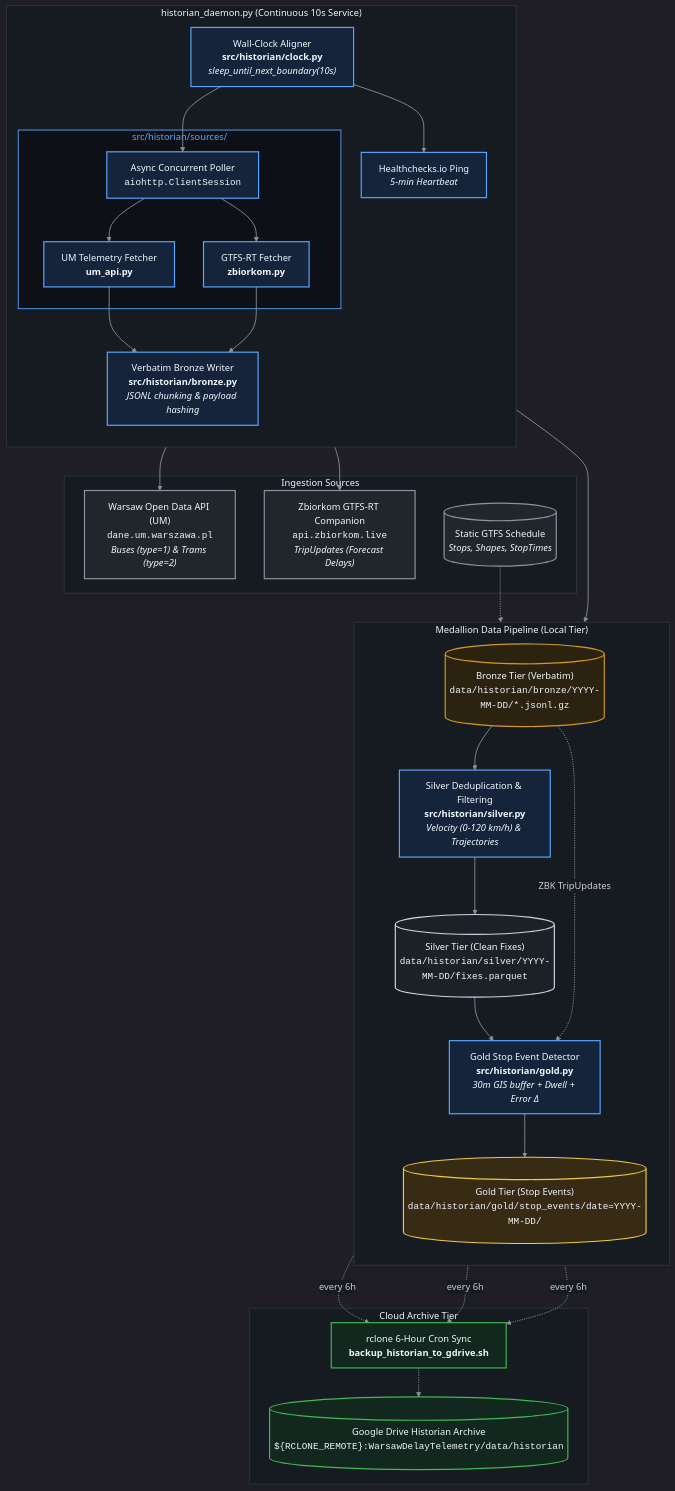
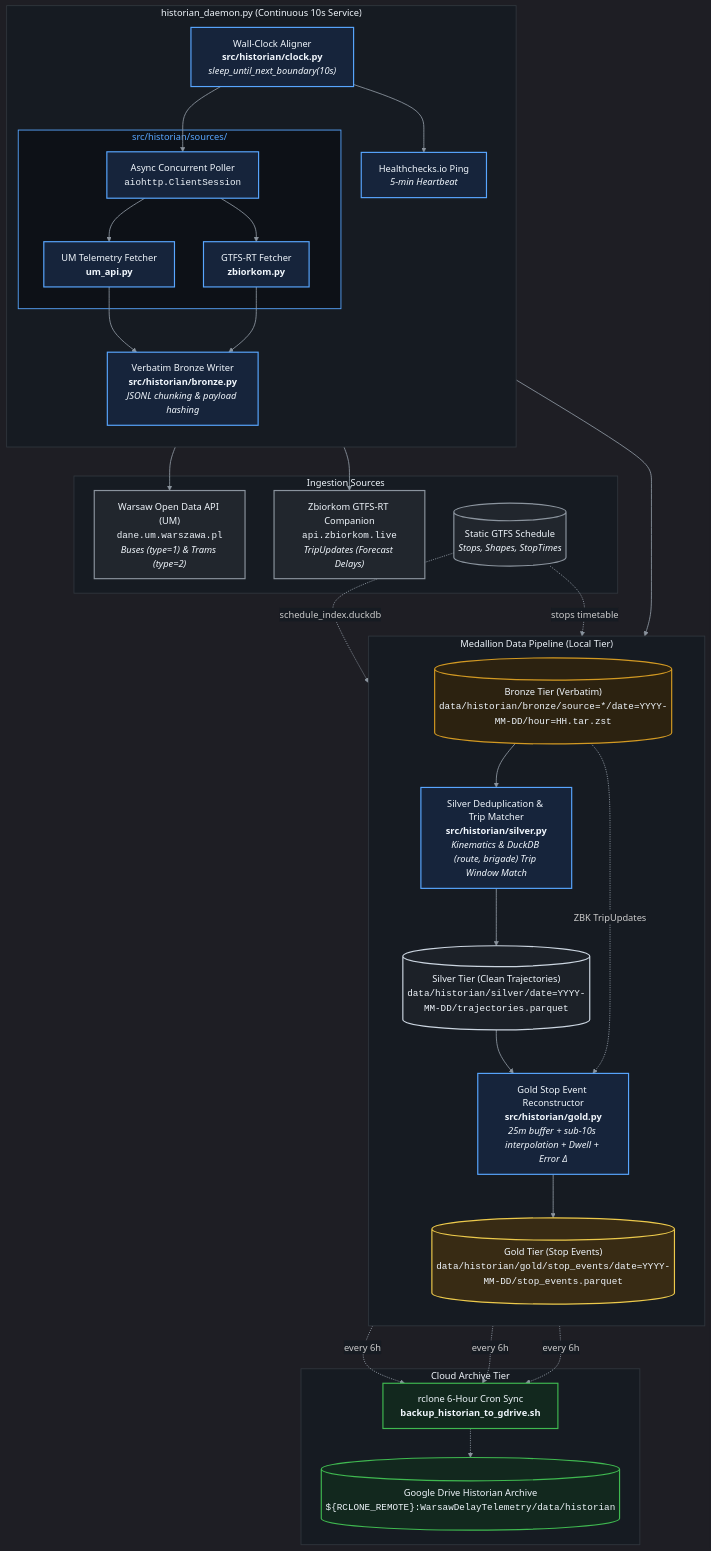
One commit to giangh14cqt/warsaw-public-transport-monitor changed the first of 3 diagrams in architect/historian_pipeline/README.md. Above: the diagram before and after it, drawn with Mermaid. The commit also changed other lines of this file and 6 other files, not shown here.

Commit message:
docs(architect): document database matching for historian from raw data to gold and gold to mat matrix

```diff
--- a/architect/historian_pipeline/README.md
+++ b/architect/historian_pipeline/README.md
@@ -52,11 +52,11 @@
     %% Medallion Pipeline
     subgraph Medallion ["Medallion Data Pipeline (Local Tier)"]
         direction TB
-        BronzeTier[("Bronze Tier (Verbatim)<br/><code>data/historian/bronze/YYYY-MM-DD/*.jsonl.gz</code>")]
-        SilverEngine["Silver Deduplication & Filtering<br/><b>src/historian/silver.py</b><br/><i>Velocity (0-120 km/h) & Trajectories</i>"]
-        SilverTier[("Silver Tier (Clean Fixes)<br/><code>data/historian/silver/YYYY-MM-DD/fixes.parquet</code>")]
-        GoldEngine["Gold Stop Event Detector<br/><b>src/historian/gold.py</b><br/><i>30m GIS buffer + Dwell + Error Δ</i>"]
-        GoldTier[("Gold Tier (Stop Events)<br/><code>data/historian/gold/stop_events/date=YYYY-MM-DD/</code>")]
+        BronzeTier[("Bronze Tier (Verbatim)<br/><code>data/historian/bronze/source=*/date=YYYY-MM-DD/hour=HH.tar.zst</code>")]
+        SilverEngine["Silver Deduplication & Trip Matcher<br/><b>src/historian/silver.py</b><br/><i>Kinematics & DuckDB (route, brigade) Trip Window Match</i>"]
+        SilverTier[("Silver Tier (Clean Trajectories)<br/><code>data/historian/silver/date=YYYY-MM-DD/trajectories.parquet</code>")]
+        GoldEngine["Gold Stop Event Reconstructor<br/><b>src/historian/gold.py</b><br/><i>25m buffer + sub-10s interpolation + Dwell + Error Δ</i>"]
+        GoldTier[("Gold Tier (Stop Events)<br/><code>data/historian/gold/stop_events/date=YYYY-MM-DD/stop_events.parquet</code>")]
     end
 
     %% Remote Sync
@@ -76,10 +76,11 @@
     ClockSync --> Healthcheck
 
     BronzeTier --> SilverEngine
+    GTFS_Static -.->|schedule_index.duckdb| SilverEngine
     SilverEngine --> SilverTier
 
     SilverTier --> GoldEngine
-    GTFS_Static -.-> GoldEngine
+    GTFS_Static -.->|stops timetable| GoldEngine
     BronzeTier -.->|ZBK TripUpdates| GoldEngine
     GoldEngine --> GoldTier
 
```
